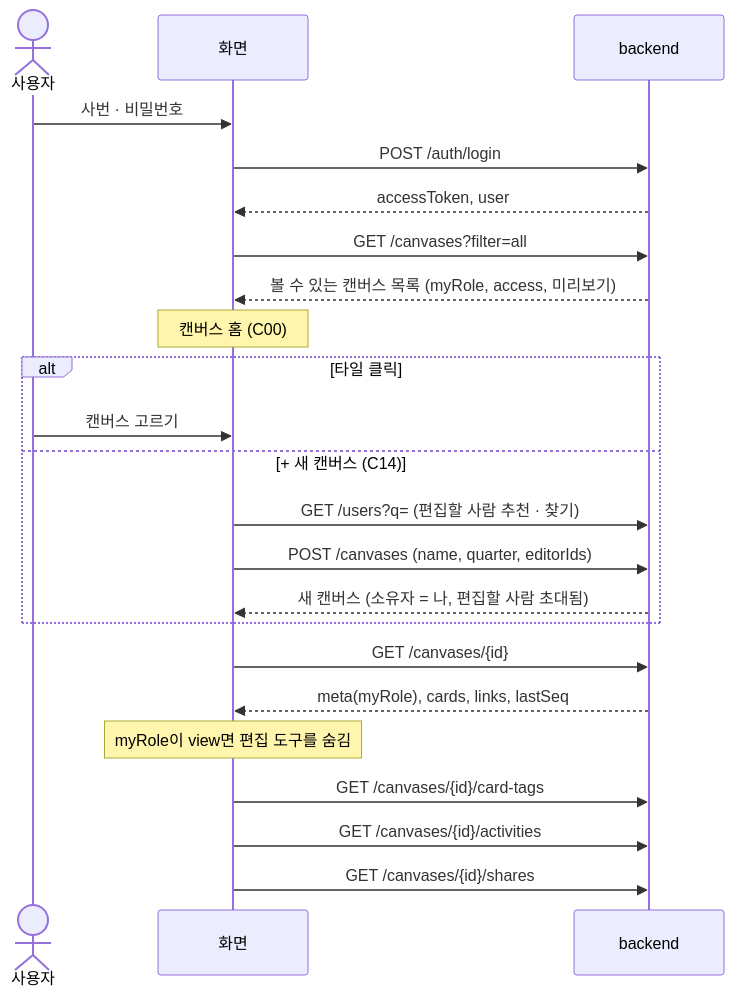
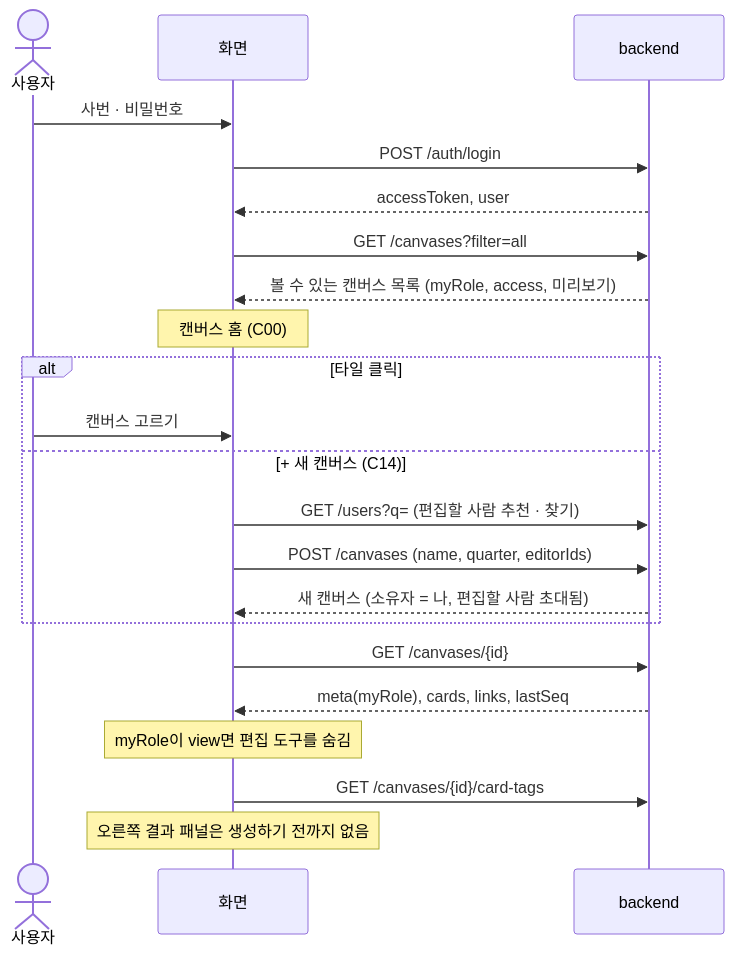
Before and after one commit to vamos-team/telescope: the second of 7 diagrams in docs/frontend/api-diagram.md, drawn with Mermaid. The commit also changed other lines of this file and 6 other files, not shown here.

````diff
--- a/docs/frontend/api-diagram.md
+++ b/docs/frontend/api-diagram.md
@@ -52,26 +53,25 @@
 ```mermaid
 sequenceDiagram
   actor U as 사용자
   participant F as 화면
   participant B as backend
 
   U->>F: 사번 · 비밀번호
   F->>B: POST /auth/login
   B-->>F: accessToken, user
   F->>B: GET /canvases?filter=all
   B-->>F: 볼 수 있는 캔버스 목록 (myRole, access, 미리보기)
   Note over F: 캔버스 홈 (C00)
   alt 타일 클릭
     U->>F: 캔버스 고르기
   else + 새 캔버스 (C14)
     F->>B: GET /users?q= (편집할 사람 추천 · 찾기)
     F->>B: POST /canvases (name, quarter, editorIds)
     B-->>F: 새 캔버스 (소유자 = 나, 편집할 사람 초대됨)
   end
   F->>B: GET /canvases/{id}
   B-->>F: meta(myRole), cards, links, lastSeq
   Note over F: myRole이 view면 편집 도구를 숨김
   F->>B: GET /canvases/{id}/card-tags
-  F->>B: GET /canvases/{id}/activities
-  F->>B: GET /canvases/{id}/shares
+  Note over F: 오른쪽 결과 패널은 생성하기 전까지 없음
 ```
````
